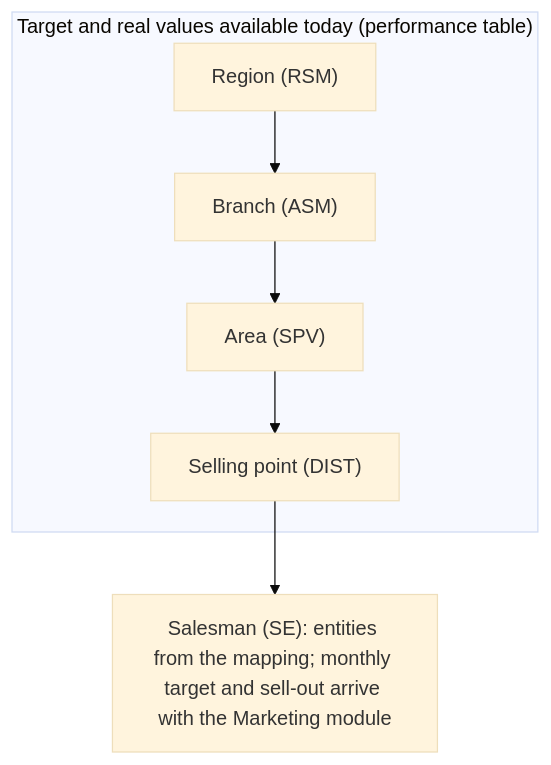
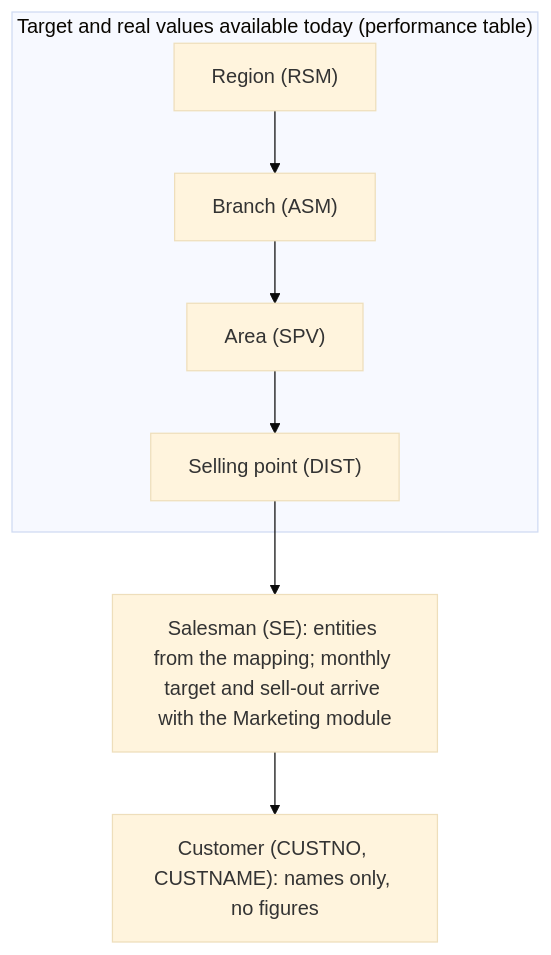
One commit to kurnFR/salesperformance changed the diagram in docs/06-dashboard-catalog.md. Above: the diagram before and after it, drawn with Mermaid (base theme). The commit also changed other lines of this file and 8 other files, not shown here.

````diff
--- a/docs/06-dashboard-catalog.md
+++ b/docs/06-dashboard-catalog.md
@@ -105,7 +105,8 @@
 ```mermaid
 flowchart TD
   subgraph FACTS["Target and real values available today (performance table)"]
     R["Region (RSM)"] --> B["Branch (ASM)"] --> S["Area (SPV)"] --> D["Selling point (DIST)"]
   end
   D --> E["Salesman (SE): entities from the mapping; monthly target and sell-out arrive with the Marketing module"]
+  E --> C["Customer (CUSTNO, CUSTNAME): names only, no figures"]
 ```
````
